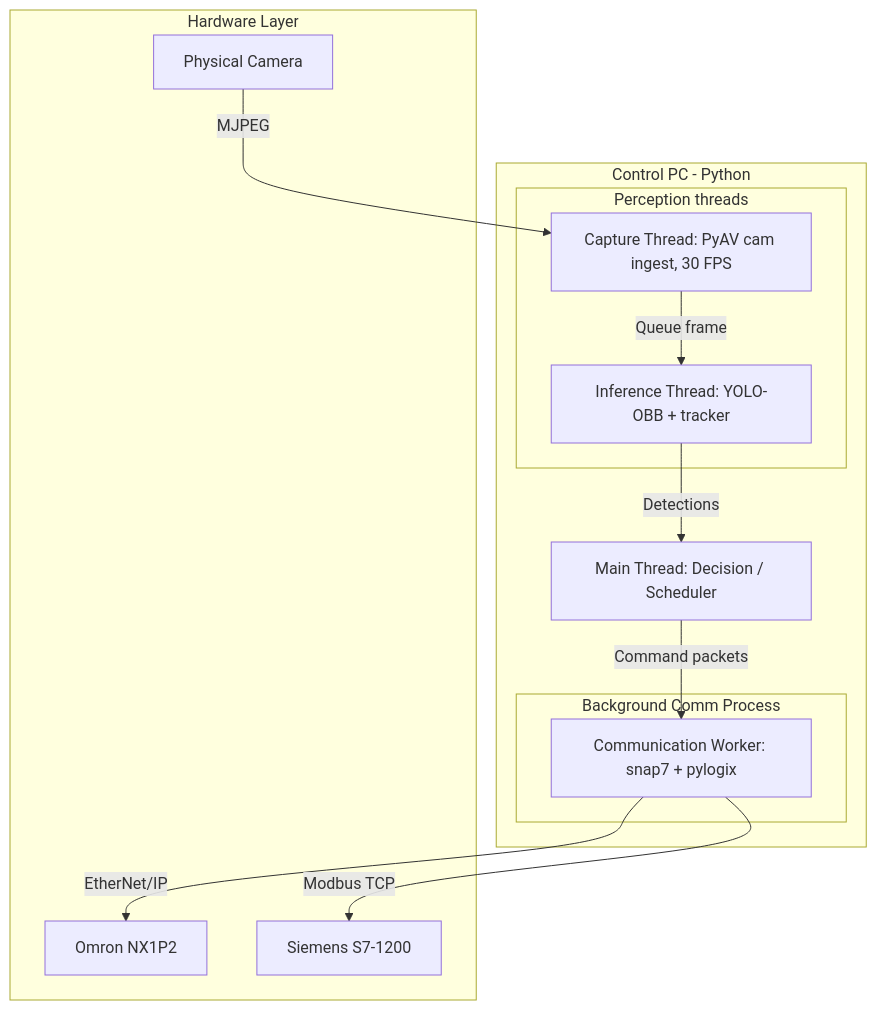
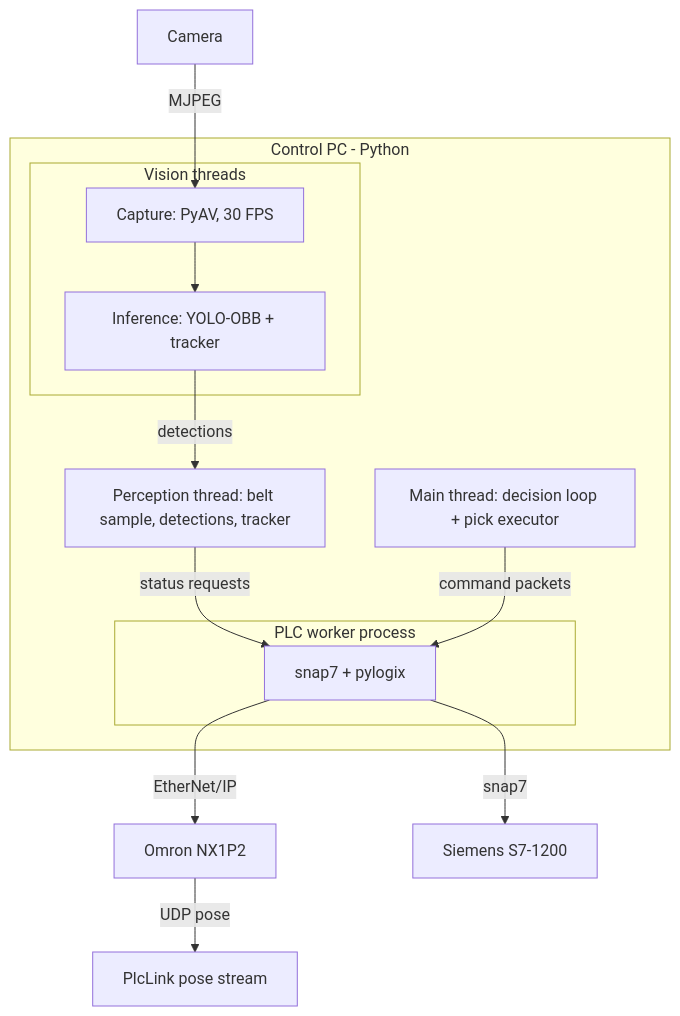
Before and after one commit to Tangerine1101/Delta_robot: the diagram in doc/basis-programming.md, drawn with Mermaid. The commit also changed other lines of this file and 181 other files, not shown here.

````diff
--- a/doc/basis-programming.md
+++ b/doc/basis-programming.md
@@ -39,21 +59,22 @@
 ```mermaid
 graph TD
     subgraph PC_Software [Control PC - Python]
-        MainThread[Main Thread: Decision / Scheduler]
-        subgraph Perception_Threads [Perception threads]
-            CapThread[Capture Thread: PyAV cam ingest, 30 FPS]
-            InferThread[Inference Thread: YOLO-OBB + tracker]
+        MainThread[Main thread: decision loop + pick executor]
+        Perception[Perception thread: belt sample, detections, tracker]
+        subgraph Vision_Threads [Vision threads]
+            CapThread[Capture: PyAV, 30 FPS]
+            InferThread[Inference: YOLO-OBB + tracker]
         end
-        subgraph Comm_Process [Background Comm Process]
-            PLC_Worker[Communication Worker: snap7 + pylogix]
+        subgraph Comm_Process [PLC worker process]
+            PLC_Worker[snap7 + pylogix]
         end
     end
-    subgraph Hardware [Hardware Layer]
-        Cam[Physical Camera] -->|MJPEG| CapThread
-        PLC_Worker -->|EtherNet/IP| Omron[Omron NX1P2]
-        PLC_Worker -->|Modbus TCP| Siemens[Siemens S7-1200]
-    end
-    CapThread -->|Queue frame| InferThread
-    InferThread -->|Detections| MainThread
-    MainThread -->|Command packets| PLC_Worker
+    Cam[Camera] -->|MJPEG| CapThread
+    CapThread --> InferThread
+    InferThread -->|detections| Perception
+    Perception -->|status requests| PLC_Worker
+    MainThread -->|command packets| PLC_Worker
+    PLC_Worker -->|EtherNet/IP| Omron[Omron NX1P2]
+    PLC_Worker -->|snap7| Siemens[Siemens S7-1200]
+    Omron -->|UDP pose| MainProcess[PlcLink pose stream]
 ```
````
